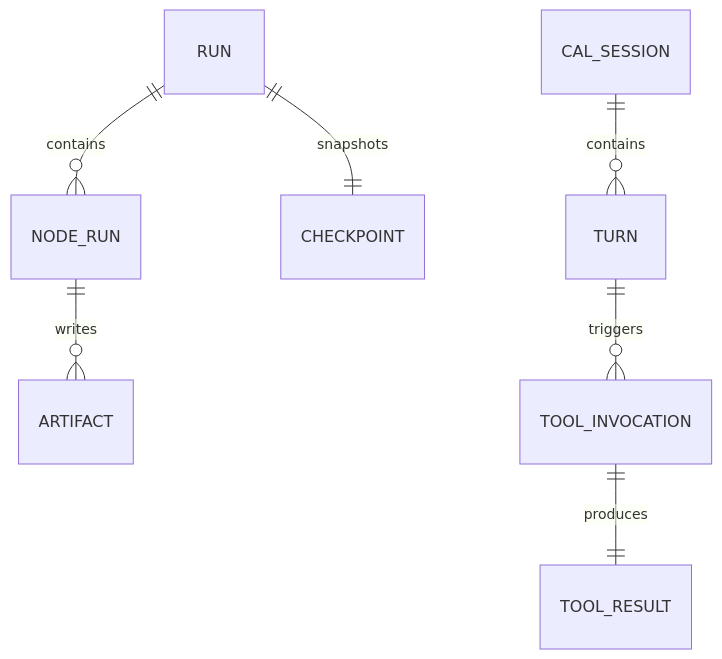
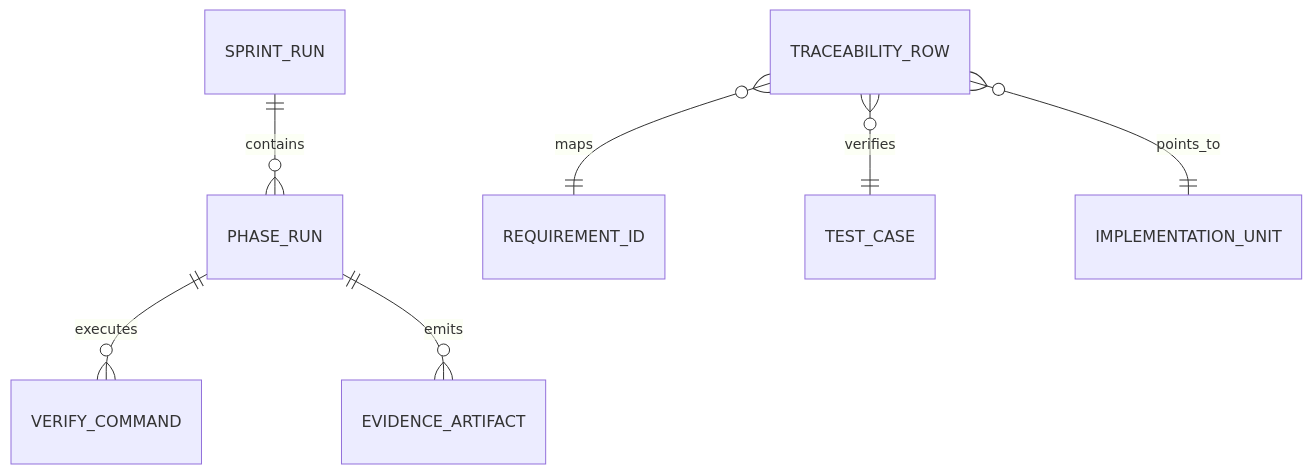
The second of 5 diagrams in docs/sprints/SPRINT-003-close-spec-parity-tcl.md (jaytaylor/attractor-tcl), drawn with Mermaid before and after one commit. The commit also changed other lines of this file, not shown here.

Commit message:
docs: mark sprint 003 close-spec plan fully complete with final verification evidence

````diff
--- a/docs/sprints/SPRINT-003-close-spec-parity-tcl.md
+++ b/docs/sprints/SPRINT-003-close-spec-parity-tcl.md
@@ -870,10 +740,9 @@
 ```mermaid
-%% Source: .scratch/diagrams/sprint-003/er.mmd
 erDiagram
-  RUN ||--o{ NODE_RUN : contains
-  RUN ||--|| CHECKPOINT : snapshots
-  NODE_RUN ||--o{ ARTIFACT : writes
-  CAL_SESSION ||--o{ TURN : contains
-  TURN ||--o{ TOOL_INVOCATION : triggers
-  TOOL_INVOCATION ||--|| TOOL_RESULT : produces
+  SPRINT_RUN ||--o{ PHASE_RUN : contains
+  PHASE_RUN ||--o{ VERIFY_COMMAND : executes
+  PHASE_RUN ||--o{ EVIDENCE_ARTIFACT : emits
+  TRACEABILITY_ROW }o--|| REQUIREMENT_ID : maps
+  TRACEABILITY_ROW }o--|| TEST_CASE : verifies
+  TRACEABILITY_ROW }o--|| IMPLEMENTATION_UNIT : points_to
 ```
````
